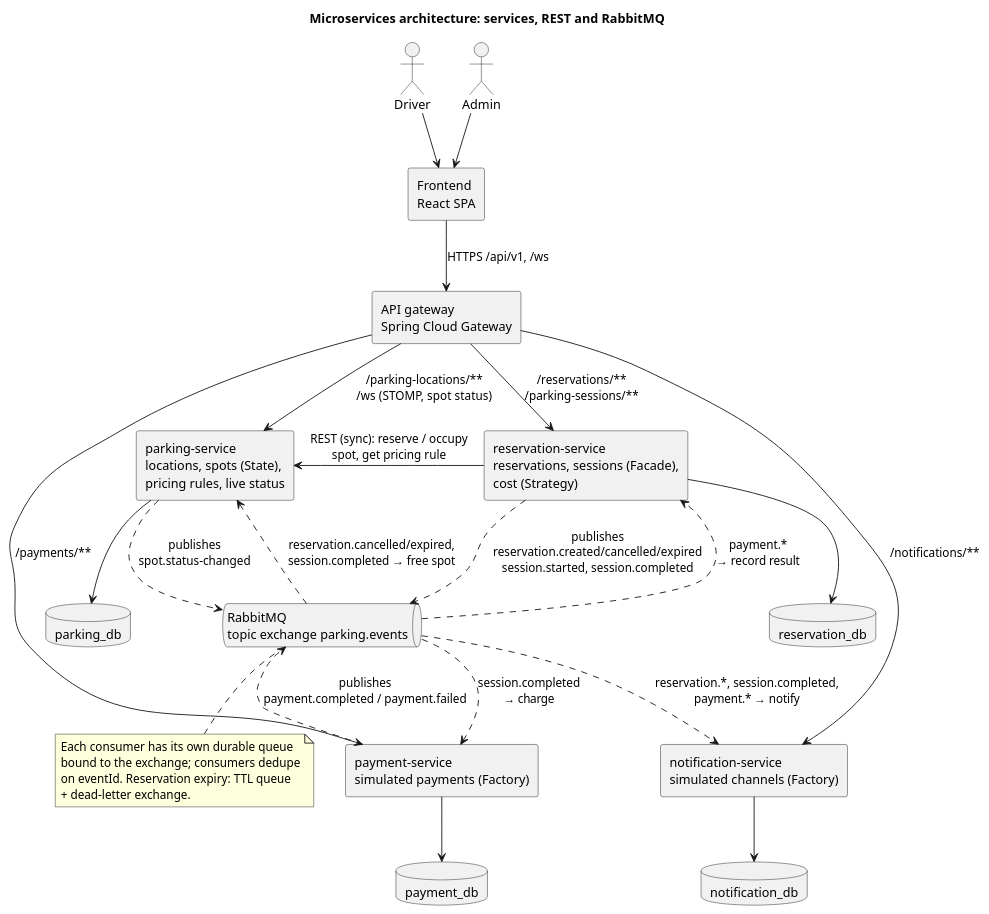
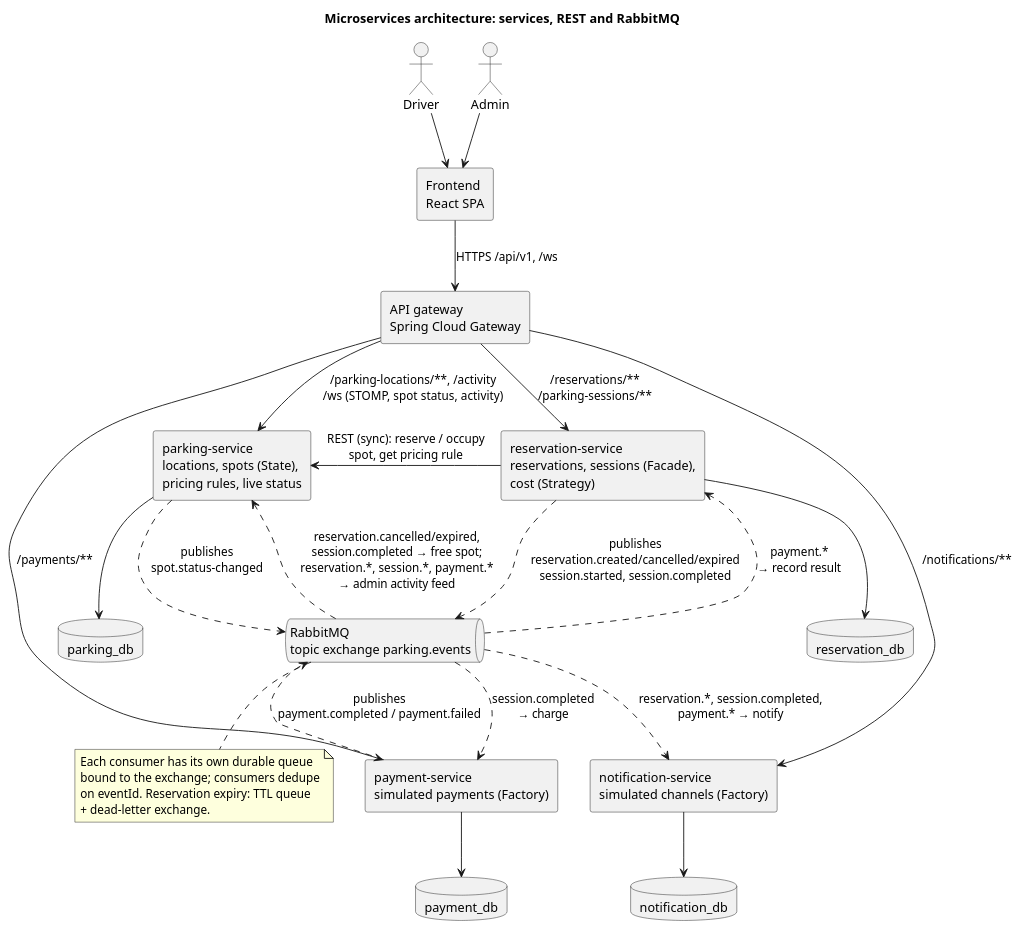
Before and after one commit to genan2003/spot-on: the diagram in diagrams/architecture/microservices-component.puml, drawn with PlantUML. The commit also changed 22 other files, not shown here.

Commit message:
feat(admin): live activity feed for reservation, session and payment events

```diff
--- a/diagrams/architecture/microservices-component.puml
+++ b/diagrams/architecture/microservices-component.puml
@@ -1,61 +1,61 @@
 @startuml microservices-component
 title Microservices architecture: services, REST and RabbitMQ
 
 ' Exercise 6. What Stage 2 builds. Synchronous REST where the caller needs an answer now
 ' (locking a spot, reading a pricing rule); RabbitMQ events for side effects.
 ' Routing keys match the messaging table in CLAUDE.md.
 
 skinparam componentStyle rectangle
 skinparam shadowing false
 
 actor Driver
 actor Admin
 component "Frontend\nReact SPA" as FE
 
 component "API gateway\nSpring Cloud Gateway" as GW
 
 component "parking-service\nlocations, spots (State),\npricing rules, live status" as PS
 component "reservation-service\nreservations, sessions (Facade),\ncost (Strategy)" as RS
 component "payment-service\nsimulated payments (Factory)" as PayS
 component "notification-service\nsimulated channels (Factory)" as NS
 
 queue "RabbitMQ\ntopic exchange parking.events" as MQ
 
 database "parking_db" as PDB
 database "reservation_db" as RDB
 database "payment_db" as PayDB
 database "notification_db" as NDB
 
 Driver --> FE
 Admin --> FE
 FE --> GW : HTTPS /api/v1, /ws
 
-GW --> PS : /parking-locations/**\n/ws (STOMP, spot status)
+GW --> PS : /parking-locations/**, /activity\n/ws (STOMP, spot status, activity)
 GW --> RS : /reservations/**\n/parking-sessions/**
 GW --> PayS : /payments/**
 GW --> NS : /notifications/**
 
 RS -left-> PS : REST (sync): reserve / occupy\nspot, get pricing rule
 
 PS --> PDB
 RS --> RDB
 PayS --> PayDB
 NS --> NDB
 
 RS ..> MQ : publishes\nreservation.created/cancelled/expired\nsession.started, session.completed
 PayS ..> MQ : publishes\npayment.completed / payment.failed
 PS ..> MQ : publishes\nspot.status-changed
 
-MQ ..> PS : reservation.cancelled/expired,\nsession.completed → free spot
+MQ ..> PS : reservation.cancelled/expired,\nsession.completed → free spot;\nreservation.*, session.*, payment.*\n→ admin activity feed
 MQ ..> PayS : session.completed\n→ charge
 MQ ..> RS : payment.*\n→ record result
 MQ ..> NS : reservation.*, session.completed,\npayment.* → notify
 
 note bottom of MQ
   Each consumer has its own durable queue
   bound to the exchange; consumers dedupe
   on eventId. Reservation expiry: TTL queue
   + dead-letter exchange.
 end note
 
 @enduml
```
